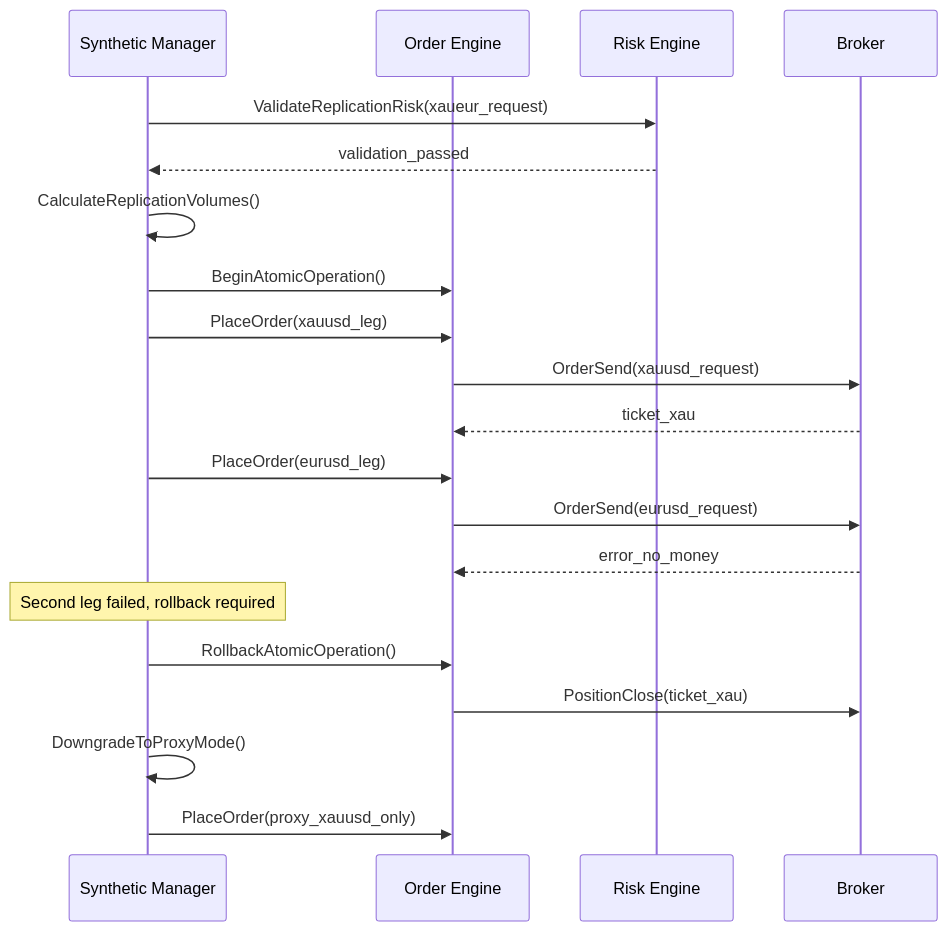
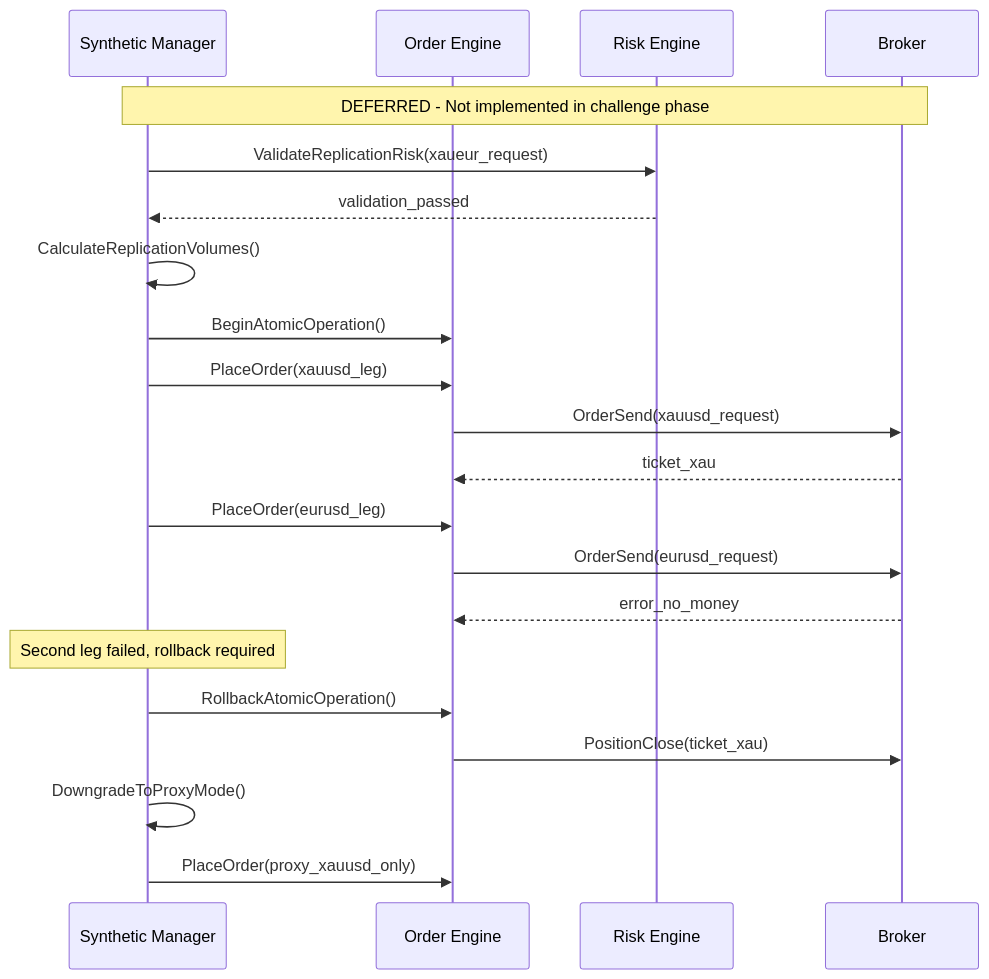
One commit to jonahgrigoryan/earl changed the third of 4 diagrams in .kiro/specs/rpea-m3/design.md. Above: the diagram before and after it, drawn with Mermaid. The commit also changed other lines of this file and 2 other files, not shown here.

Commit message:
M3: Update specs and implementation docs — clarify XAUEUR signal-only approach and phase structure

````diff
--- a/.kiro/specs/rpea-m3/design.md
+++ b/.kiro/specs/rpea-m3/design.md
@@ -860,27 +984,29 @@
 ```mermaid
 sequenceDiagram
     participant SM as Synthetic Manager
     participant OE as Order Engine
     participant RE as Risk Engine
     participant B as Broker
+    
+    Note over SM,B: DEFERRED - Not implemented in challenge phase
     
     SM->>RE: ValidateReplicationRisk(xaueur_request)
     RE-->>SM: validation_passed
     
     SM->>SM: CalculateReplicationVolumes()
     SM->>OE: BeginAtomicOperation()
     
     SM->>OE: PlaceOrder(xauusd_leg)
     OE->>B: OrderSend(xauusd_request)
     B-->>OE: ticket_xau
     
     SM->>OE: PlaceOrder(eurusd_leg)
     OE->>B: OrderSend(eurusd_request)
     B-->>OE: error_no_money
     
     Note over SM: Second leg failed, rollback required
     SM->>OE: RollbackAtomicOperation()
     OE->>B: PositionClose(ticket_xau)
     SM->>SM: DowngradeToProxyMode()
     SM->>OE: PlaceOrder(proxy_xauusd_only)
 ```
````
